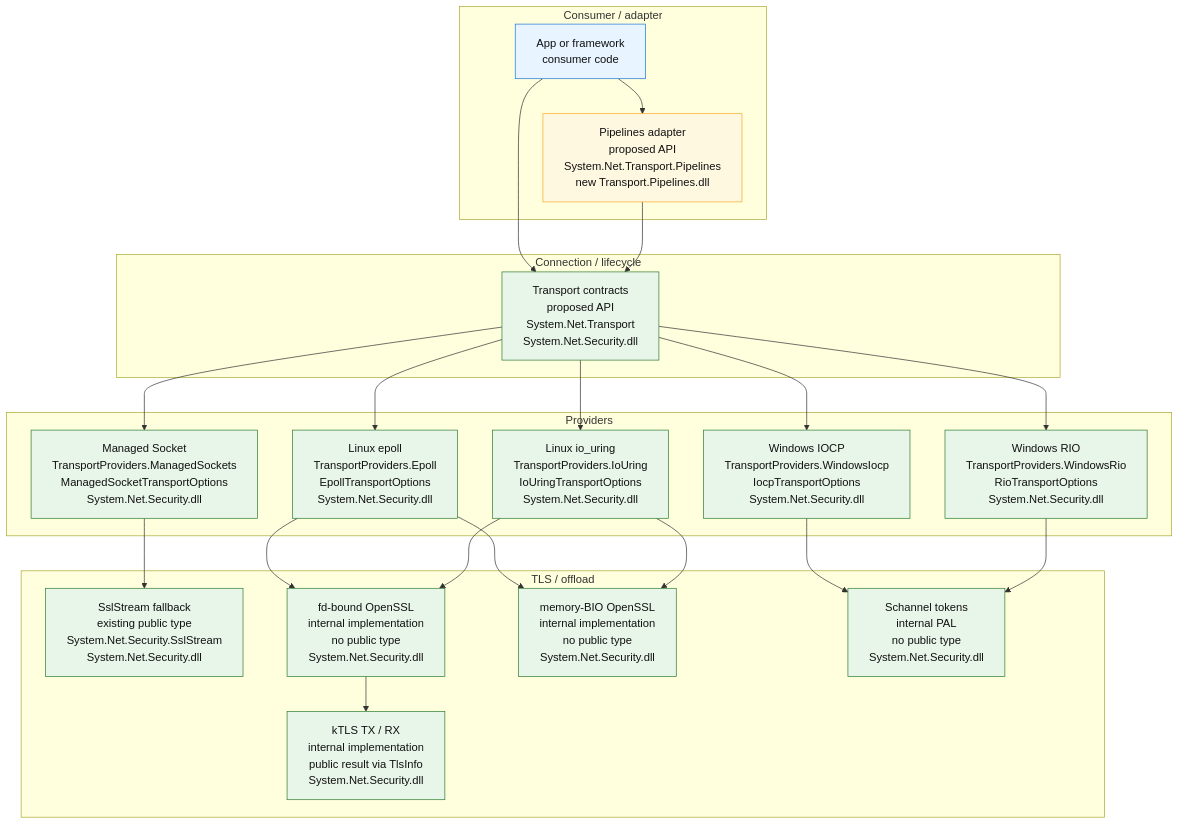
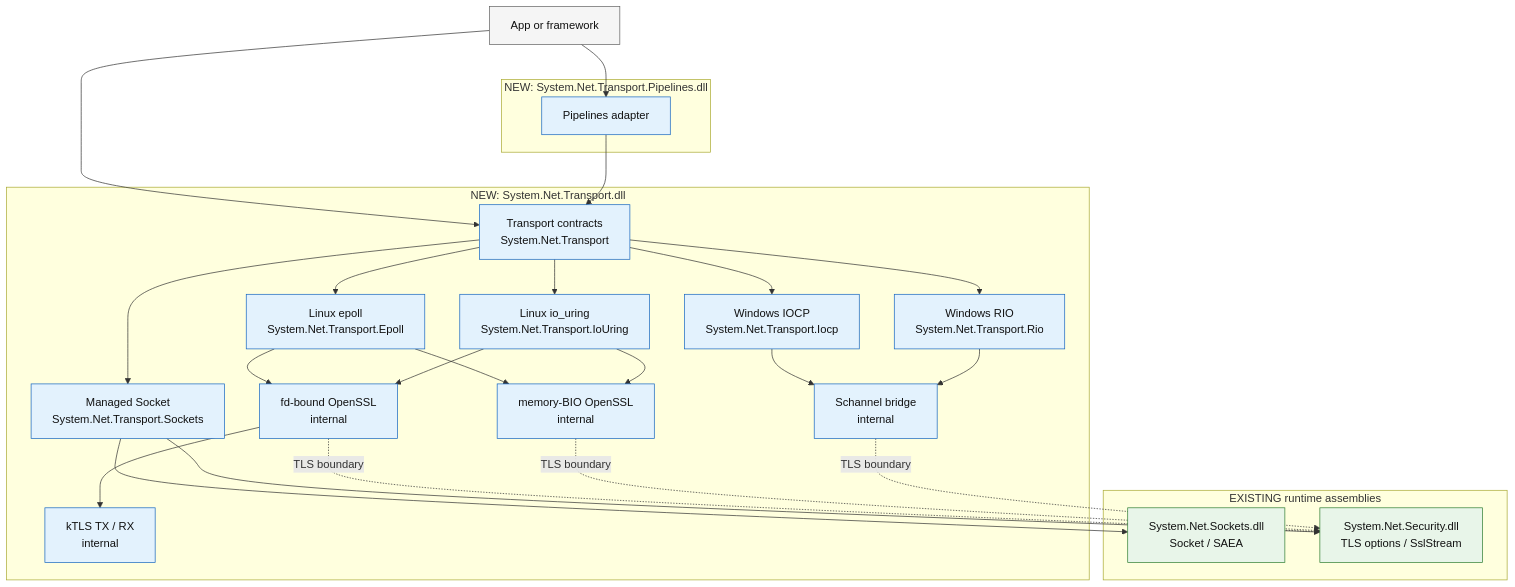
The first of 2 diagrams in README.md (DeagleGross/Network-Transport-Experiments), drawn with Mermaid before and after one commit. The commit also changed other lines of this file and 16 other files, not shown here.

````diff
--- a/README.md
+++ b/README.md
@@ -125,52 +127,55 @@
 ```mermaid
 flowchart TD
-    subgraph ConsumerLayer["Consumer / adapter"]
-        App["App or framework<br/>consumer code"]
-        Pipe["Pipelines adapter<br/>proposed API<br/>System.Net.Transport.Pipelines<br/>new Transport.Pipelines.dll"]
+    App["App or framework"]
+
+    subgraph TransportAssembly["NEW: System.Net.Transport.dll"]
+        Core["Transport contracts<br/>System.Net.Transport"]
+        SocketProvider["Managed Socket<br/>System.Net.Transport.Sockets"]
+        EpollProvider["Linux epoll<br/>System.Net.Transport.Epoll"]
+        UringProvider["Linux io_uring<br/>System.Net.Transport.IoUring"]
+        IocpProvider["Windows IOCP<br/>System.Net.Transport.Iocp"]
+        RioProvider["Windows RIO<br/>System.Net.Transport.Rio"]
+        FdTls["fd-bound OpenSSL<br/>internal"]
+        BioTls["memory-BIO OpenSSL<br/>internal"]
+        Schannel["Schannel bridge<br/>internal"]
+        Ktls["kTLS TX / RX<br/>internal"]
     end
 
-    subgraph ConnectionLayer["Connection / lifecycle"]
-        Core["Transport contracts<br/>proposed API<br/>System.Net.Transport<br/>System.Net.Security.dll"]
+    subgraph AdapterAssembly["NEW: System.Net.Transport.Pipelines.dll"]
+        Pipe["Pipelines adapter"]
     end
 
-    subgraph ProviderLayer["Providers"]
-        SocketProvider["Managed Socket<br/>TransportProviders.ManagedSockets<br/>ManagedSocketTransportOptions<br/>System.Net.Security.dll"]
-        EpollProvider["Linux epoll<br/>TransportProviders.Epoll<br/>EpollTransportOptions<br/>System.Net.Security.dll"]
-        UringProvider["Linux io_uring<br/>TransportProviders.IoUring<br/>IoUringTransportOptions<br/>System.Net.Security.dll"]
-        IocpProvider["Windows IOCP<br/>TransportProviders.WindowsIocp<br/>IocpTransportOptions<br/>System.Net.Security.dll"]
-        RioProvider["Windows RIO<br/>TransportProviders.WindowsRio<br/>RioTransportOptions<br/>System.Net.Security.dll"]
+    subgraph ExistingAssemblies["EXISTING runtime assemblies"]
+        Sockets["System.Net.Sockets.dll<br/>Socket / SAEA"]
+        Security["System.Net.Security.dll<br/>TLS options / SslStream"]
     end
 
-    subgraph TlsImplementationLayer["TLS / offload"]
-        Ssl["SslStream fallback<br/>existing public type<br/>System.Net.Security.SslStream<br/>System.Net.Security.dll"]
-        FdTls["fd-bound OpenSSL<br/>internal implementation<br/>no public type<br/>System.Net.Security.dll"]
-        BioTls["memory-BIO OpenSSL<br/>internal implementation<br/>no public type<br/>System.Net.Security.dll"]
-        Schannel["Schannel tokens<br/>internal PAL<br/>no public type<br/>System.Net.Security.dll"]
-        Ktls["kTLS TX / RX<br/>internal implementation<br/>public result via TlsInfo<br/>System.Net.Security.dll"]
-    end
-
+    App --> Pipe
     App --> Core
-    App --> Pipe
     Pipe --> Core
     Core --> SocketProvider
     Core --> EpollProvider
     Core --> UringProvider
     Core --> IocpProvider
     Core --> RioProvider
-    SocketProvider --> Ssl
+    SocketProvider --> Sockets
+    SocketProvider --> Security
     EpollProvider --> FdTls
     EpollProvider --> BioTls
     UringProvider --> FdTls
     UringProvider --> BioTls
     IocpProvider --> Schannel
     RioProvider --> Schannel
     FdTls --> Ktls
+    FdTls -. TLS boundary .-> Security
+    BioTls -. TLS boundary .-> Security
+    Schannel -. TLS boundary .-> Security
 
-    classDef consumer fill:#e8f4ff,stroke:#1976d2,color:#111
+    classDef external fill:#f5f5f5,stroke:#616161,color:#111
     classDef existingAssembly fill:#e8f5e9,stroke:#2e7d32,color:#111
-    classDef newAssembly fill:#fff8e1,stroke:#f9a825,color:#111
+    classDef newAssembly fill:#e3f2fd,stroke:#1565c0,color:#111
 
-    class App consumer
-    class Pipe newAssembly
-    class Core,SocketProvider,EpollProvider,UringProvider,IocpProvider,RioProvider,Ssl,FdTls,BioTls,Schannel,Ktls existingAssembly
+    class App external
+    class Core,SocketProvider,EpollProvider,UringProvider,IocpProvider,RioProvider,FdTls,BioTls,Schannel,Ktls,Pipe newAssembly
+    class Sockets,Security existingAssembly
 ```
````
